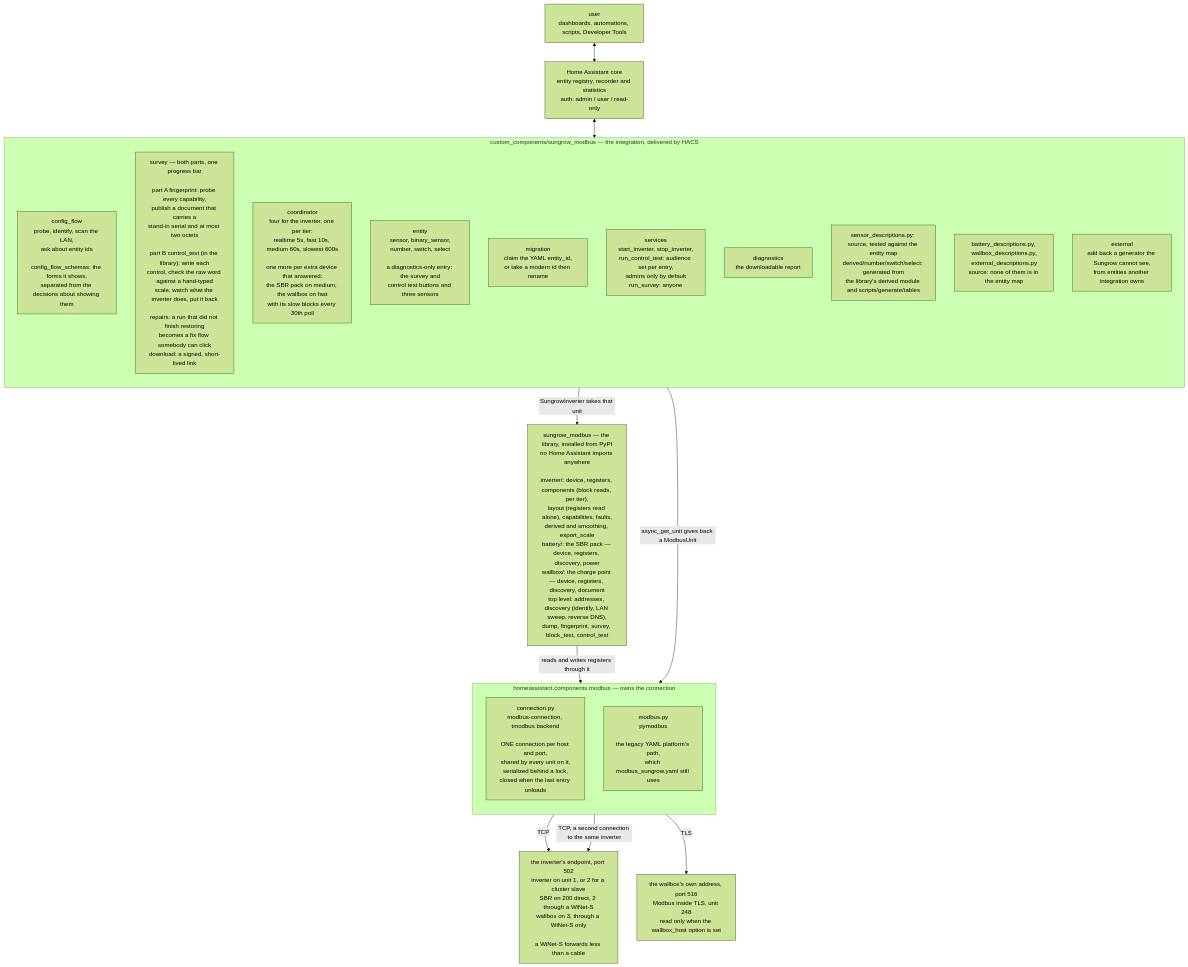
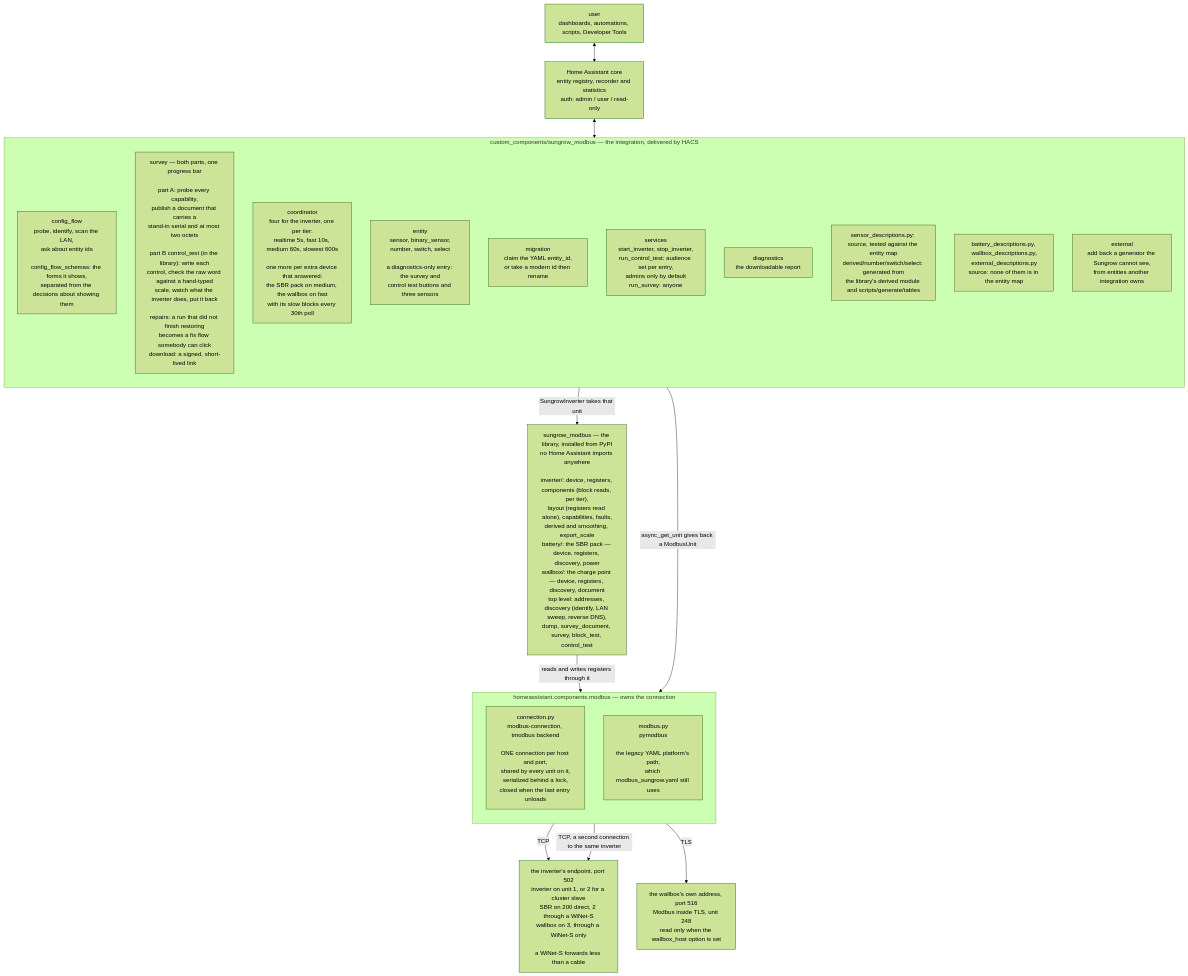
Before and after one commit to mkaiser/Sungrow-SHx-Inverter-Modbus-Home-Assistant: the first of 2 diagrams in doc/architecture.md, drawn with Mermaid (forest theme). The commit also changed other lines of this file and 213 other files, not shown here.

Commit message:
LLM wiki, PV cut, P023 export scale; fingerprint renamed to survey

````diff
--- a/doc/architecture.md
+++ b/doc/architecture.md
@@ -14,39 +14,39 @@
 ```mermaid
 flowchart TD
     user["user<br/>dashboards, automations, scripts, Developer Tools"]
     core["Home Assistant core<br/>entity registry, recorder and statistics<br/>auth: admin / user / read-only"]
 
     subgraph integration["custom_components/sungrow_modbus &mdash; the integration, delivered by HACS"]
         direction TB
         flow["config_flow<br/>probe, identify, scan the LAN,<br/>ask about entity ids<br/><br/>config_flow_schemas: the forms it shows,<br/>separated from the decisions about showing them"]
-        survey["survey &mdash; both parts, one progress bar<br/><br/>part A fingerprint: probe every capability,<br/>publish a document that carries a<br/>stand-in serial and at most two octets<br/><br/>part B control_test (in the library): write each<br/>control, check the raw word against a hand-typed<br/>scale, watch what the inverter does, put it back<br/><br/>repairs: a run that did not finish restoring<br/>becomes a fix flow somebody can click<br/>download: a signed, short-lived link"]
+        survey["survey &mdash; both parts, one progress bar<br/><br/>part A: probe every capability,<br/>publish a document that carries a<br/>stand-in serial and at most two octets<br/><br/>part B control_test (in the library): write each<br/>control, check the raw word against a hand-typed<br/>scale, watch what the inverter does, put it back<br/><br/>repairs: a run that did not finish restoring<br/>becomes a fix flow somebody can click<br/>download: a signed, short-lived link"]
         coord["coordinator<br/>four for the inverter, one per tier:<br/>realtime 5s, fast 10s, medium 60s, slowest 600s<br/><br/>one more per extra device that answered:<br/>the SBR pack on medium, the wallbox on fast<br/>with its slow blocks every 30th poll"]
         ent["entity<br/>sensor, binary_sensor,<br/>number, switch, select<br/><br/>a diagnostics-only entry: the survey and<br/>control test buttons and three sensors"]
         mig["migration<br/>claim the YAML entity_id,<br/>or take a modern id then rename"]
         svc["services<br/>start_inverter, stop_inverter,<br/>run_control_test: audience set per entry,<br/>admins only by default<br/>run_survey: anyone"]
         diag["diagnostics<br/>the downloadable report"]
         gen["sensor_descriptions.py: source, tested against the entity map<br/>derived/number/switch/select: generated from<br/>the library's derived module and scripts/generate/tables"]
         hand["battery_descriptions.py, wallbox_descriptions.py,<br/>external_descriptions.py<br/>source: none of them is in the entity map"]
         ext["external<br/>add back a generator the Sungrow cannot see,<br/>from entities another integration owns"]
     end
 
-    lib["sungrow_modbus &mdash; the library, installed from PyPI<br/>no Home Assistant imports anywhere<br/><br/>inverter/: device, registers, components (block reads, per tier),<br/>layout (registers read alone), capabilities, faults,<br/>derived and smoothing, export_scale<br/>battery/: the SBR pack &mdash; device, registers, discovery, power<br/>wallbox/: the charge point &mdash; device, registers, discovery, document<br/>top level: addresses, discovery (identify, LAN sweep, reverse DNS),<br/>dump, fingerprint, survey, block_test, control_test"]
+    lib["sungrow_modbus &mdash; the library, installed from PyPI<br/>no Home Assistant imports anywhere<br/><br/>inverter/: device, registers, components (block reads, per tier),<br/>layout (registers read alone), capabilities, faults,<br/>derived and smoothing, export_scale<br/>battery/: the SBR pack &mdash; device, registers, discovery, power<br/>wallbox/: the charge point &mdash; device, registers, discovery, document<br/>top level: addresses, discovery (identify, LAN sweep, reverse DNS),<br/>dump, survey_document, survey, block_test, control_test"]
 
     subgraph modbus["homeassistant.components.modbus &mdash; owns the connection"]
         direction TB
         newpath["connection.py<br/>modbus-connection, tmodbus backend<br/><br/>ONE connection per host and port,<br/>shared by every unit on it,<br/>serialized behind a lock,<br/>closed when the last entry unloads"]
         oldpath["modbus.py<br/>pymodbus<br/><br/>the legacy YAML platform's path,<br/>which modbus_sungrow.yaml still uses"]
     end
 
     device["the inverter's endpoint, port 502<br/>inverter on unit 1, or 2 for a cluster slave<br/>SBR on 200 direct, 2 through a WiNet-S<br/>wallbox on 3, through a WiNet-S only<br/><br/>a WiNet-S forwards less than a cable"]
     wbdev["the wallbox's own address, port 516<br/>Modbus inside TLS, unit 248<br/>read only when the wallbox_host option is set"]
 
     user <--> core
     core <--> integration
     integration -- "async_get_unit gives back a ModbusUnit" --> newpath
     integration -- "SungrowInverter takes that unit" --> lib
     lib -- "reads and writes registers through it" --> newpath
     newpath -- "TCP" --> device
     newpath -- "TLS" --> wbdev
     oldpath -- "TCP, a second connection to the same inverter" --> device
 ```
````
